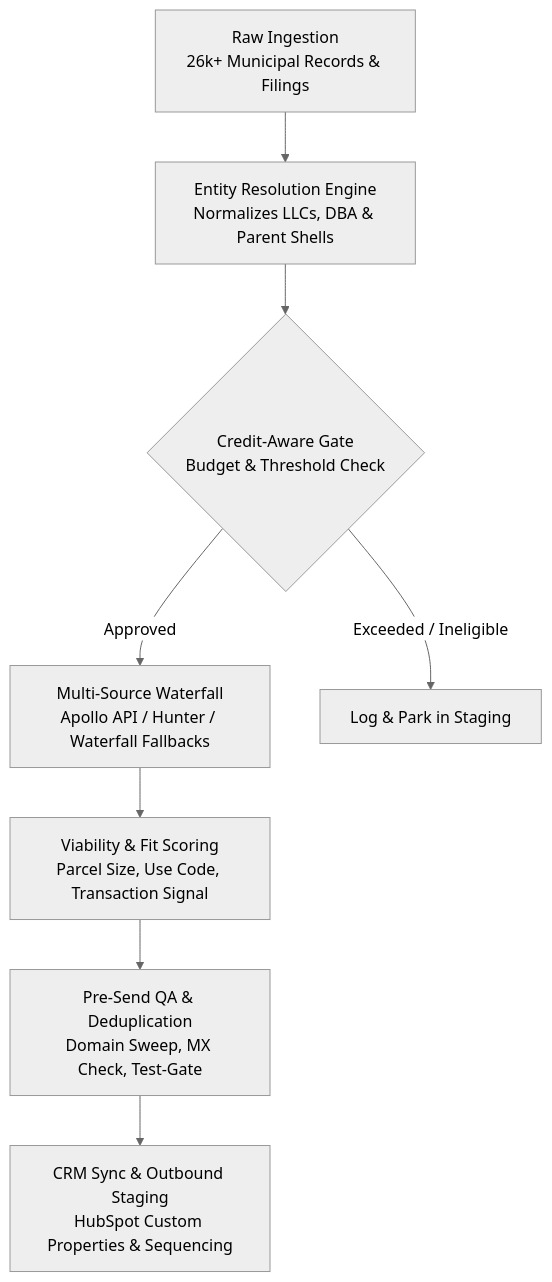
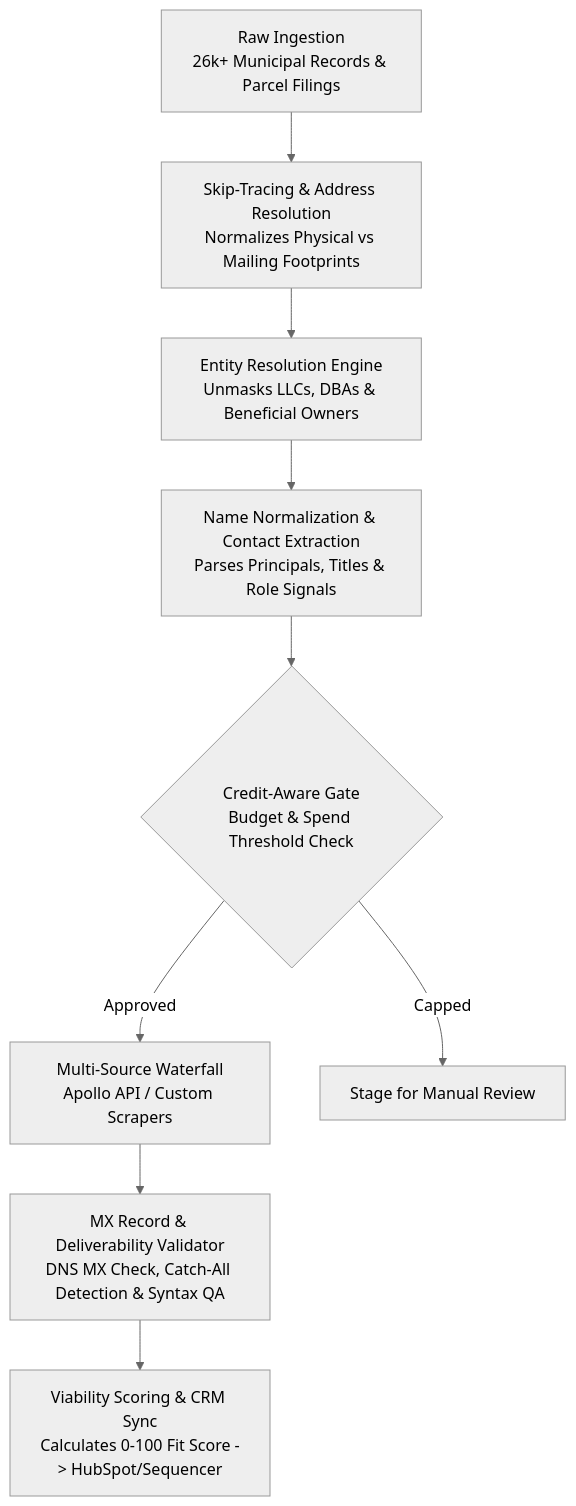
One commit to janthony15/autonomous-gtm-enrichment-engine changed the diagram in README.md. Above: the diagram before and after it, drawn with Mermaid (neutral theme). The commit also changed other lines of this file and 1 other file, not shown here.

Commit message:
feat: add address skip-tracing, name resolution, and MX deliverability validation

````diff
--- a/README.md
+++ b/README.md
@@ -9,10 +9,11 @@
 ```mermaid
 flowchart TD
-    A[Raw Ingestion\n26k+ Municipal Records & Filings] --> B[Entity Resolution Engine\nNormalizes LLCs, DBA & Parent Shells]
-    B --> C{Credit-Aware Gate\nBudget & Threshold Check}
-    C -->|Approved| D[Multi-Source Waterfall\nApollo API / Hunter / Waterfall Fallbacks]
-    C -->|Exceeded / Ineligible| E[Log & Park in Staging]
-    D --> F[Viability & Fit Scoring\nParcel Size, Use Code, Transaction Signal]
-    F --> G[Pre-Send QA & Deduplication\nDomain Sweep, MX Check, Test-Gate]
-    G --> H[CRM Sync & Outbound Staging\nHubSpot Custom Properties & Sequencing]
+    A[Raw Ingestion\n26k+ Municipal Records & Parcel Filings] --> B[Skip-Tracing & Address Resolution\nNormalizes Physical vs Mailing Footprints]
+    B --> C[Entity Resolution Engine\nUnmasks LLCs, DBAs & Beneficial Owners]
+    C --> D[Name Normalization & Contact Extraction\nParses Principals, Titles & Role Signals]
+    D --> E{Credit-Aware Gate\nBudget & Spend Threshold Check}
+    E -->|Approved| F[Multi-Source Waterfall\nApollo API / Custom Scrapers]
+    E -->|Capped| G[Stage for Manual Review]
+    F --> H[MX Record & Deliverability Validator\nDNS MX Check, Catch-All Detection & Syntax QA]
+    H --> I[Viability Scoring & CRM Sync\nCalculates 0-100 Fit Score -> HubSpot/Sequencer]
 ```
````
